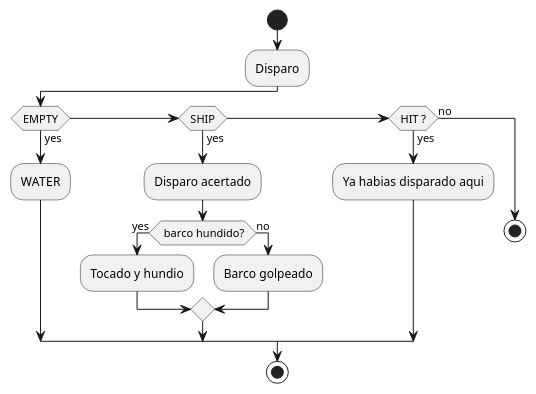
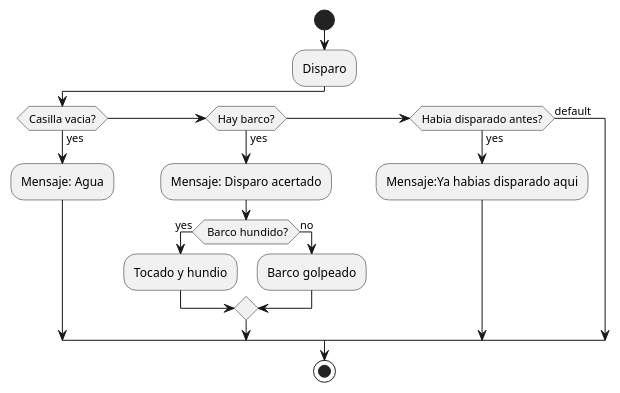
The diagram in doc/pathCoverage.puml (Alainrebibo/TQS-lab-battleship), drawn with PlantUML before and after one commit. The commit also changed 1 other file, not shown here.

Commit message:
uml path coverage

```diff
--- a/doc/pathCoverage.puml
+++ b/doc/pathCoverage.puml
@@ -1,27 +1,21 @@
 @startuml
 
 start
 :Disparo;
-if (EMPTY) then (yes)
-  :WATER;
-elseif (SHIP) then (yes)
-  :Disparo acertado;
+if (Casilla vacia?) then (yes)
+  :Mensaje: Agua;
+elseif (Hay barco?) then (yes)
+  :Mensaje: Disparo acertado;
 
-  if( barco hundido?) then (yes)
+  if( Barco hundido?) then (yes)
     :Tocado y hundio;
    else (no)
     :Barco golpeado;
   endif
-
-elseif (HIT ?) then (yes)
-  :Ya habias disparado aqui;
-  else (no)
-  stop
+elseif (Habia disparado antes?) then (yes)
+  :Mensaje:Ya habias disparado aqui;
+   else (default)
 
 endif
 stop
-
-
-
-
 @enduml
```
